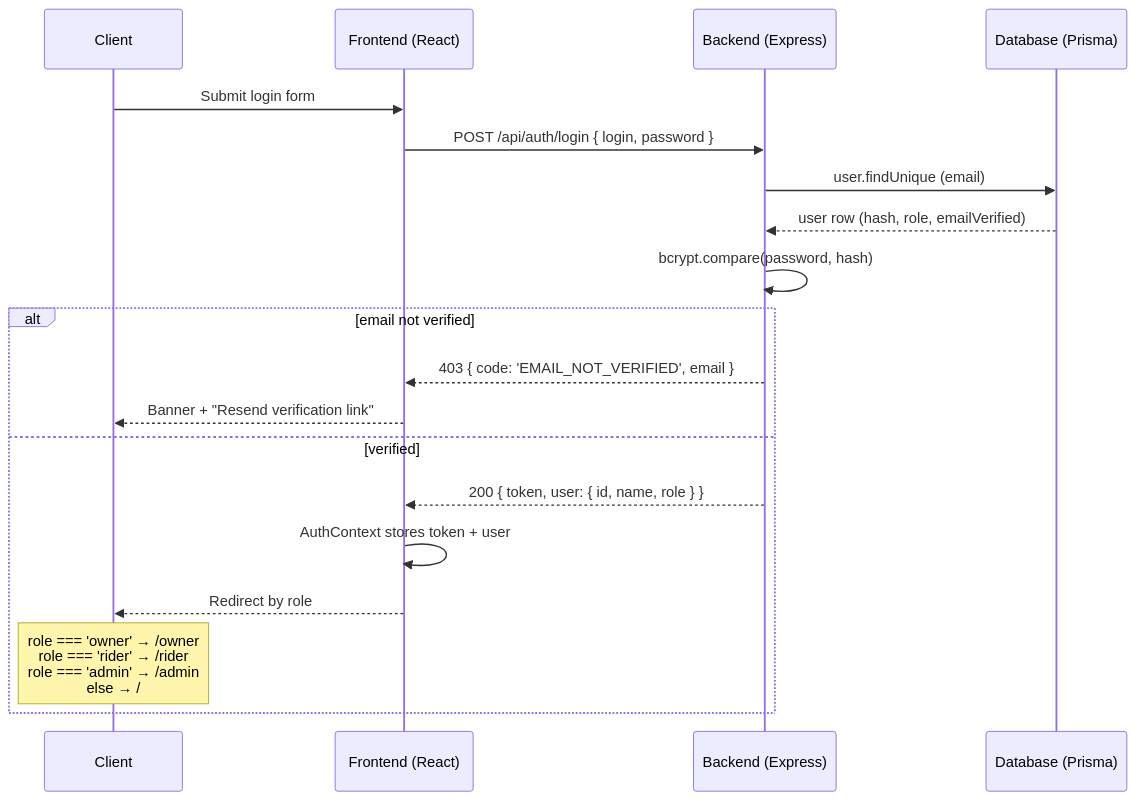
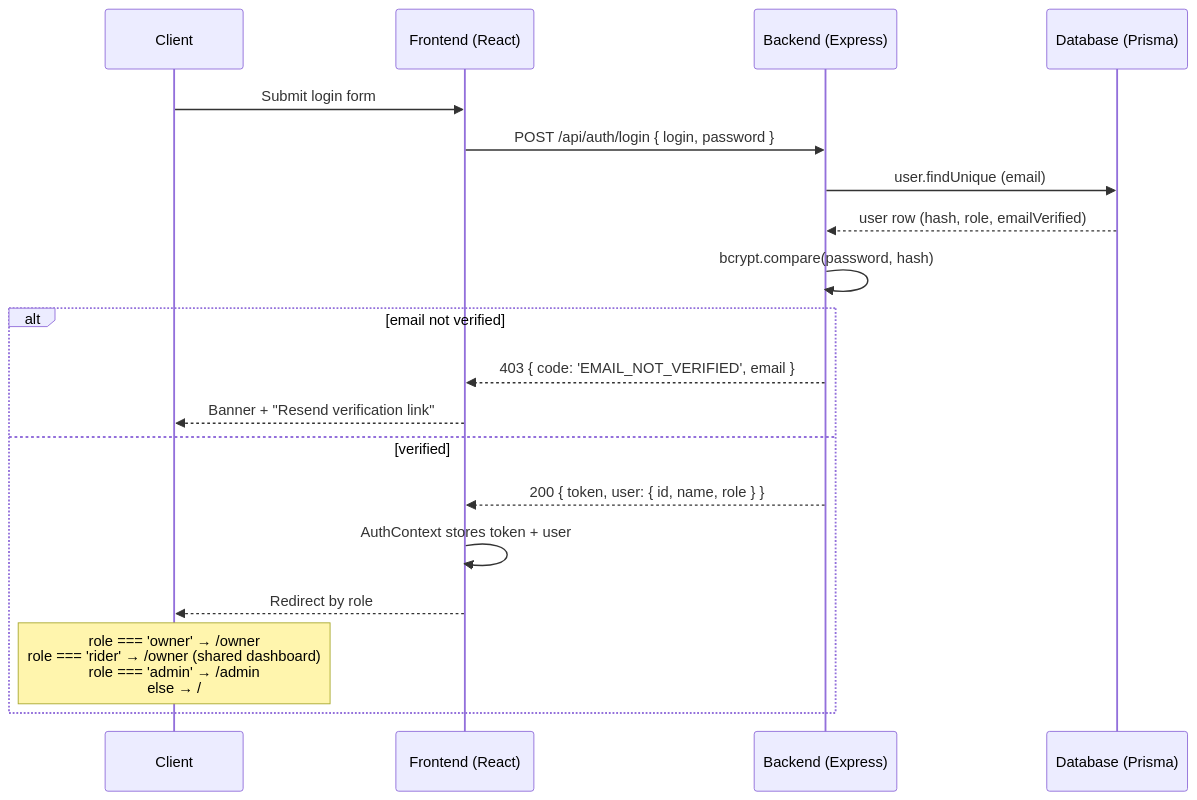
One commit to Saugatojha/food-delivery-frontend changed the first of 11 diagrams in SEQUENCE_DIAGRAMS.md. Above: the diagram before and after it, drawn with Mermaid. The commit also changed other lines of this file and 34 other files, not shown here.

First line of the commit message:
feat: password reset via email + owner-driven rider dispatch; vite proxy; docs

````diff
--- a/SEQUENCE_DIAGRAMS.md
+++ b/SEQUENCE_DIAGRAMS.md
@@ -19,22 +19,22 @@
 ```mermaid
 sequenceDiagram
     participant C as Client
     participant F as Frontend (React)
     participant S as Backend (Express)
     participant D as Database (Prisma)
 
     C->>F: Submit login form
     F->>S: POST /api/auth/login { login, password }
     S->>D: user.findUnique (email)
     D-->>S: user row (hash, role, emailVerified)
     S->>S: bcrypt.compare(password, hash)
     alt email not verified
         S-->>F: 403 { code: 'EMAIL_NOT_VERIFIED', email }
         F-->>C: Banner + "Resend verification link"
     else verified
         S-->>F: 200 { token, user: { id, name, role } }
         F->>F: AuthContext stores token + user
         F-->>C: Redirect by role
-        Note over C: role === 'owner' → /owner<br/>role === 'rider' → /rider<br/>role === 'admin' → /admin<br/>else → /
+        Note over C: role === 'owner' → /owner<br/>role === 'rider' → /owner (shared dashboard)<br/>role === 'admin' → /admin<br/>else → /
     end
 ```
````
